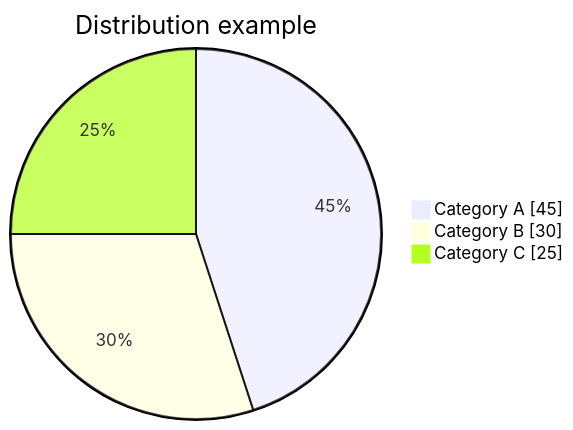
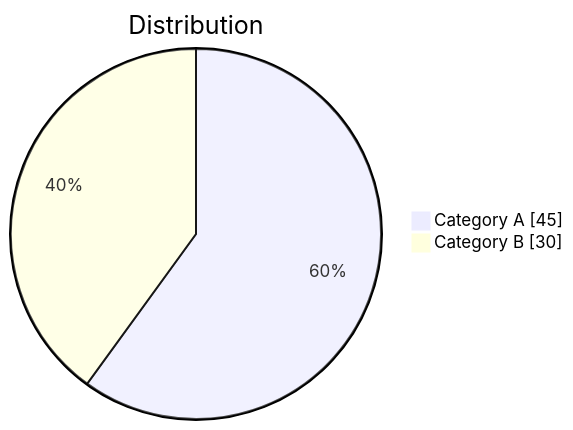
One commit to gip-inclusion/Matometa changed the first of 3 diagrams in AGENTS.md. Above: the diagram before and after it, drawn with Mermaid. The commit also changed other lines of this file and 2 other files, not shown here.

````diff
--- a/AGENTS.md
+++ b/AGENTS.md
@@ -332,7 +236,6 @@
 ```mermaid
 pie showData
-    title Distribution example
+    title Distribution
     "Category A" : 45
     "Category B" : 30
-    "Category C" : 25
 ```
````
